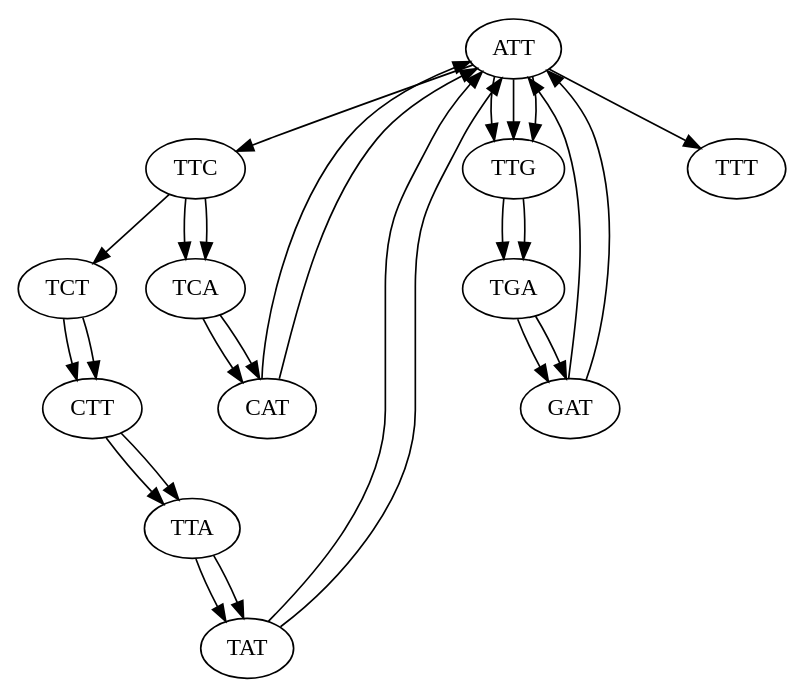
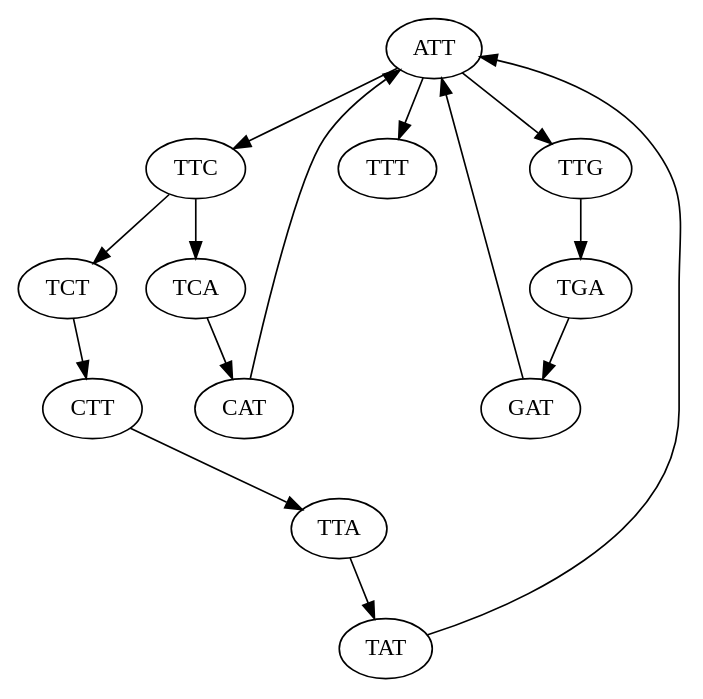
One commit to kolluashrith/CG-ACG changed the diagram in Assignment2/graph.dot. Above: the diagram before and after it, drawn with Graphviz. The commit also changed 1 other file, not shown here.

Commit message:
graph added

```diff
--- a/Assignment2/graph.dot
+++ b/Assignment2/graph.dot
@@ -1,29 +1,29 @@
-digraph{
+strict digraph{
 
     ATT -> TTC
     TTC -> TCA
     ATT -> TTG
     TTG -> TGA
     CAT -> ATT
     ATT -> TTG
     CTT -> TTA
     TTA -> TAT
     GAT -> ATT
     ATT -> TTG
     TAT -> ATT
     ATT -> TTT
     TCA -> CAT
     CAT -> ATT
     TCT -> CTT
     CTT -> TTA
     TGA -> GAT
     GAT -> ATT
     TTA -> TAT
     TAT -> ATT
     TTC -> TCA
     TCA -> CAT
     TTC -> TCT
     TCT -> CTT
     TTG -> TGA
     TGA -> GAT
 }
```
